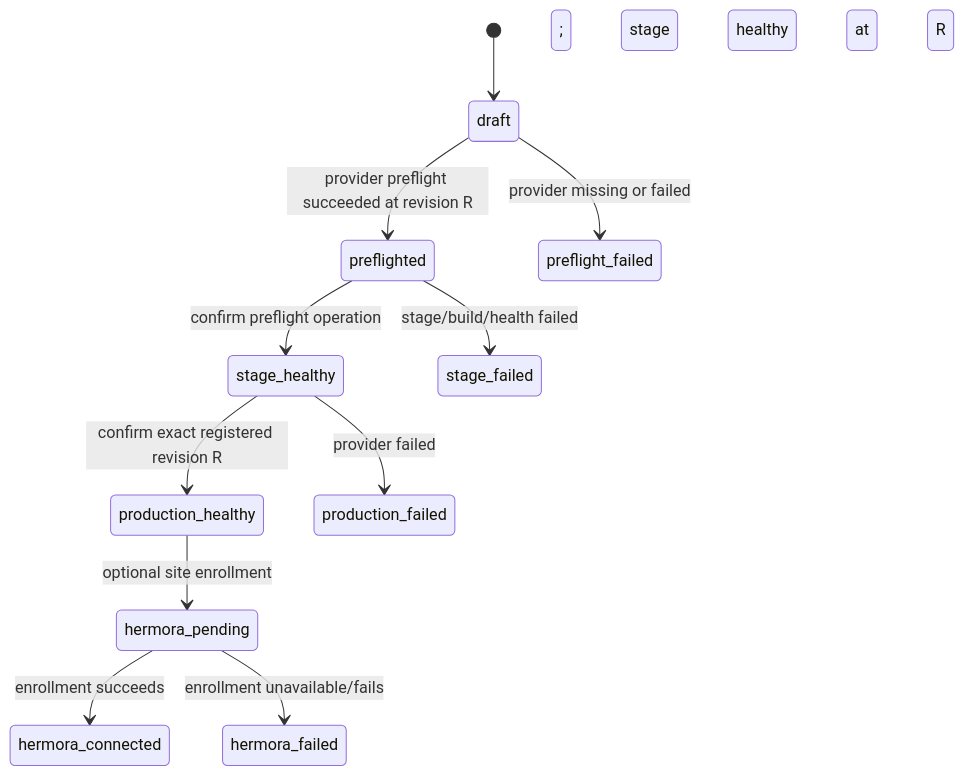
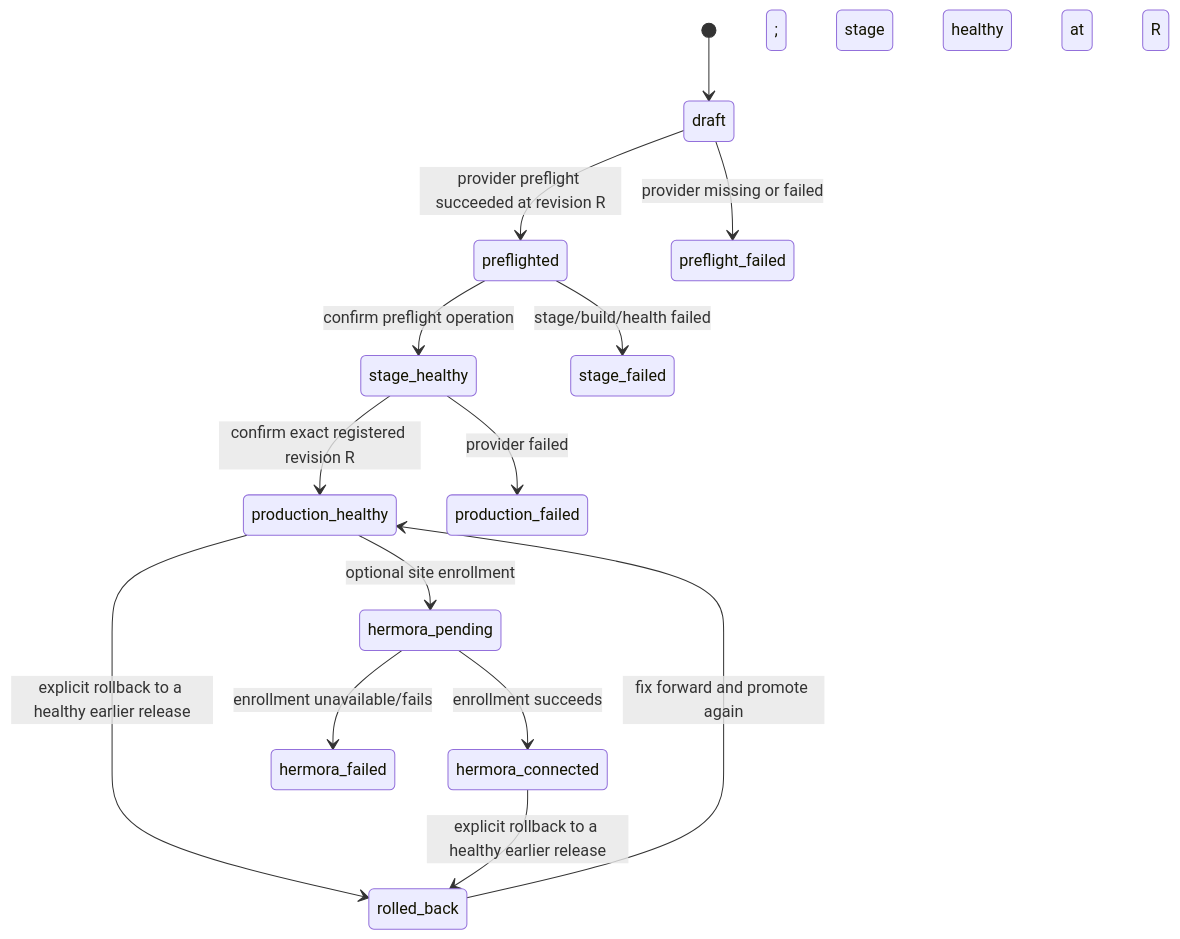
One commit to lileililiwen/forge changed the fourth of 4 diagrams in docs/ci-cd-system-model.md. Above: the diagram before and after it, drawn with Mermaid. The commit also changed other lines of this file and 31 other files, not shown here.

Commit message:
feat: restore a promoted release with delivery rollback

````diff
--- a/docs/ci-cd-system-model.md
+++ b/docs/ci-cd-system-model.md
@@ -197,13 +197,16 @@
 ```mermaid
 stateDiagram-v2
   [*] --> draft
   draft --> preflighted: provider preflight succeeded at revision R
   draft --> preflight_failed: provider missing or failed
   preflighted --> stage_healthy: confirm preflight operation; stage healthy at R
   preflighted --> stage_failed: stage/build/health failed
   stage_healthy --> production_healthy: confirm exact registered revision R
   stage_healthy --> production_failed: provider failed
   production_healthy --> hermora_pending: optional site enrollment
   hermora_pending --> hermora_connected: enrollment succeeds
   hermora_pending --> hermora_failed: enrollment unavailable/fails
+  production_healthy --> rolled_back: explicit rollback to a healthy earlier release
+  hermora_connected --> rolled_back: explicit rollback to a healthy earlier release
+  rolled_back --> production_healthy: fix forward and promote again
 ```
````
